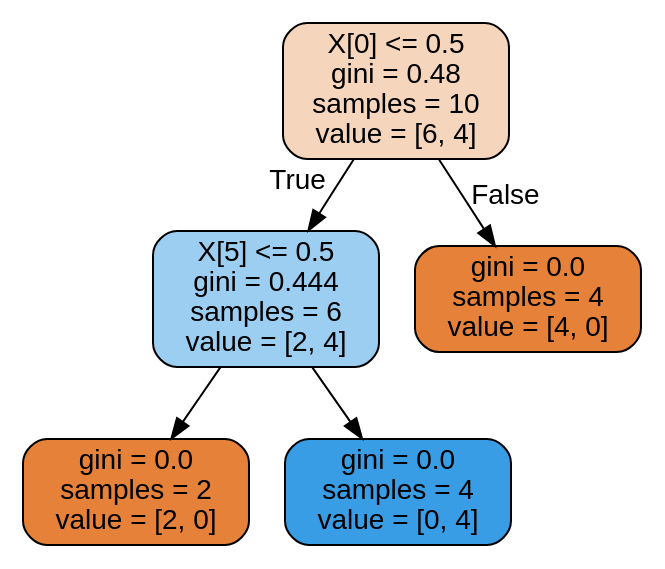
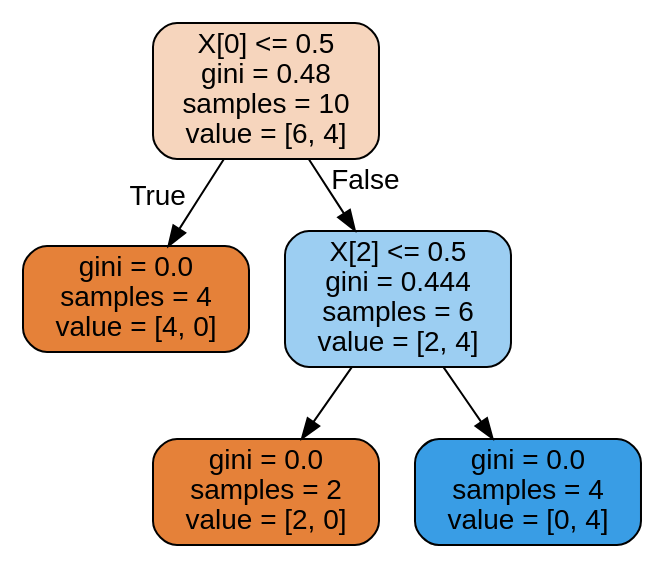
Before and after one commit to CompPhysics/MachineLearning: the diagram in doc/src/week44/Programs/DataFiles/grade.dot, drawn with Graphviz. The commit also changed 11 other files, not shown here.

```diff
--- a/doc/src/week44/Programs/DataFiles/grade.dot
+++ b/doc/src/week44/Programs/DataFiles/grade.dot
@@ -1,13 +1,13 @@
 digraph Tree {
 node [shape=box, style="filled, rounded", color="black", fontname="helvetica"] ;
 edge [fontname="helvetica"] ;
 0 [label="X[0] <= 0.5\ngini = 0.48\nsamples = 10\nvalue = [6, 4]", fillcolor="#f6d5bd"] ;
-1 [label="X[5] <= 0.5\ngini = 0.444\nsamples = 6\nvalue = [2, 4]", fillcolor="#9ccef2"] ;
+1 [label="gini = 0.0\nsamples = 4\nvalue = [4, 0]", fillcolor="#e58139"] ;
 0 -> 1 [labeldistance=2.5, labelangle=45, headlabel="True"] ;
-2 [label="gini = 0.0\nsamples = 2\nvalue = [2, 0]", fillcolor="#e58139"] ;
-1 -> 2 ;
-3 [label="gini = 0.0\nsamples = 4\nvalue = [0, 4]", fillcolor="#399de5"] ;
-1 -> 3 ;
-4 [label="gini = 0.0\nsamples = 4\nvalue = [4, 0]", fillcolor="#e58139"] ;
-0 -> 4 [labeldistance=2.5, labelangle=-45, headlabel="False"] ;
+2 [label="X[2] <= 0.5\ngini = 0.444\nsamples = 6\nvalue = [2, 4]", fillcolor="#9ccef2"] ;
+0 -> 2 [labeldistance=2.5, labelangle=-45, headlabel="False"] ;
+3 [label="gini = 0.0\nsamples = 2\nvalue = [2, 0]", fillcolor="#e58139"] ;
+2 -> 3 ;
+4 [label="gini = 0.0\nsamples = 4\nvalue = [0, 4]", fillcolor="#399de5"] ;
+2 -> 4 ;
 }
```
